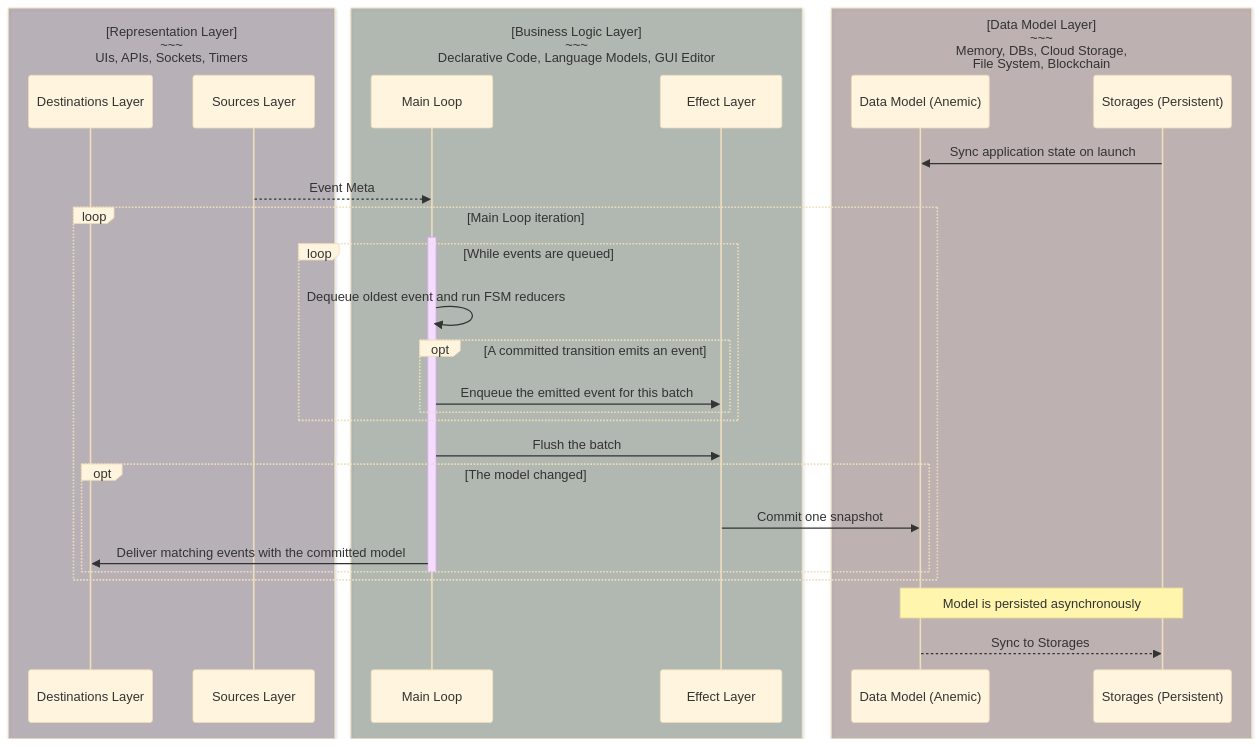
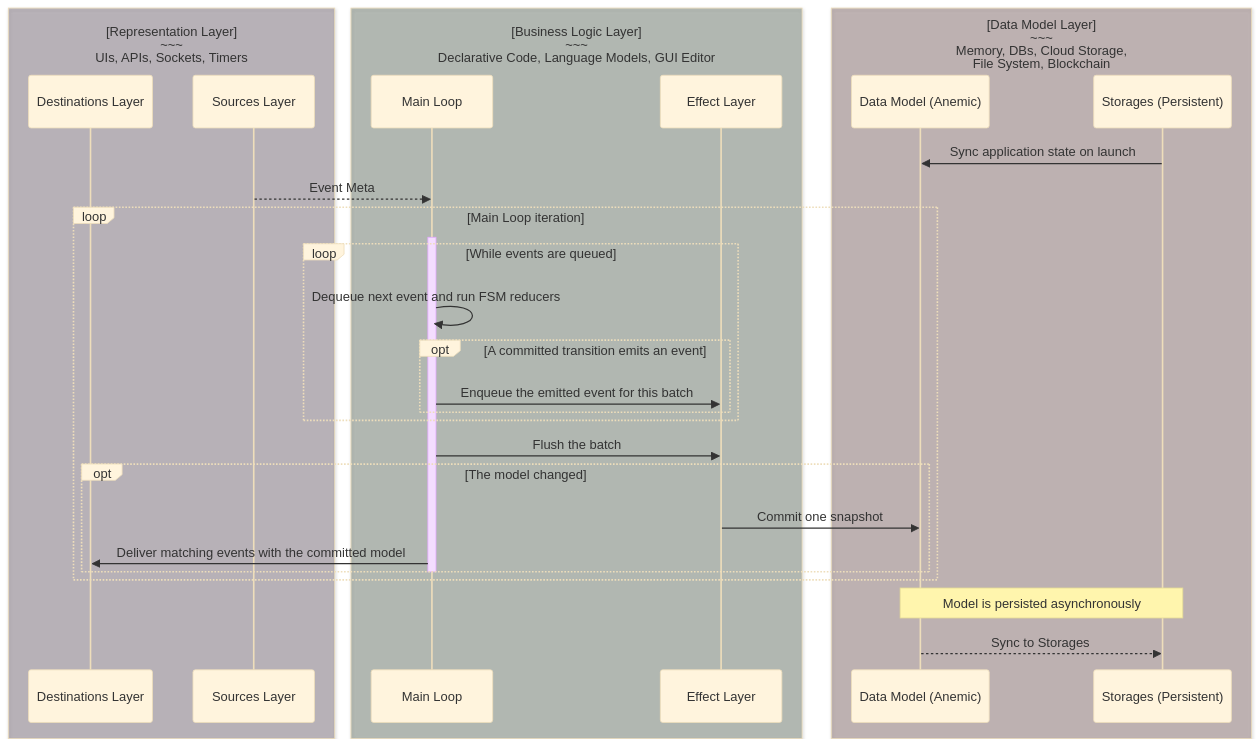
The fifth of 5 diagrams in docs/concepts/400_data_flow.md (tfcp68/yantrix), drawn with Mermaid (base theme) before and after one commit. The commit also changed other lines of this file and 36 other files, not shown here.

````diff
--- a/docs/concepts/400_data_flow.md
+++ b/docs/concepts/400_data_flow.md
@@ -140,34 +147,34 @@
 ```mermaid
 sequenceDiagram
 	box rgba(25,0,25,0.25) [Representation Layer]<br/>~~~</br>UIs, APIs, Sockets, Timers
 		participant DST as Destinations Layer
 		participant SRC as Sources Layer
 	end
 	box rgba(0,25,0,0.25) [Business Logic Layer]<br/>~~~</br>Declarative Code, Language Models, GUI Editor
 		participant MT as Main Loop
 		participant EL as Effect Layer
 	end
 	box rgba(50,0,0,0.25) [Data Model Layer]<br/>~~~</br>Memory, DBs, Cloud Storage,<br/> File System, Blockchain
 		participant MDL as Data Model (Anemic)
 		participant DB as Storages (Persistent)
 	end
 	DB ->> MDL: Sync application state on launch
 	SRC -->> MT: Event Meta
 	loop Main Loop iteration
 		activate MT
 		loop While events are queued
-			MT ->> MT: Dequeue oldest event and run FSM reducers
+			MT ->> MT: Dequeue next event and run FSM reducers
 			opt A committed transition emits an event
 				MT ->> EL: Enqueue the emitted event for this batch
 			end
 		end
 		MT ->> EL: Flush the batch
 		opt The model changed
 			EL ->> MDL: Commit one snapshot
 			MT ->> DST: Deliver matching events with the committed model
 		end
 		deactivate MT
 	end
 	Note over MDL, DB: Model is persisted asynchronously
 	MDL -->> DB: Sync to Storages
 ```
````
